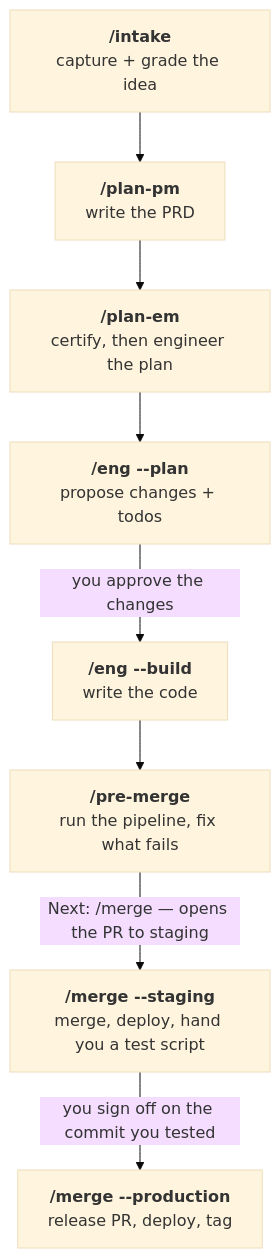
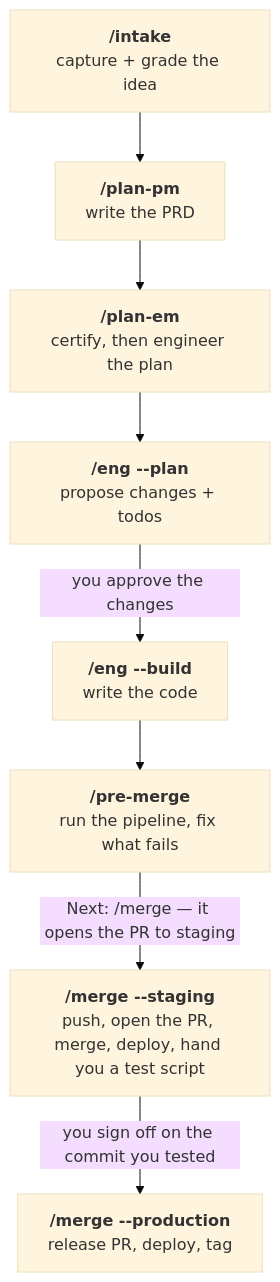
One commit to ndisisnd/msg changed the diagram in README.md. Above: the diagram before and after it, drawn with Mermaid (base theme). The commit also changed other lines of this file and 9 other files, not shown here.

````diff
--- a/README.md
+++ b/README.md
@@ -104,17 +104,17 @@
 ```mermaid
 flowchart TD
     intake["<b>/intake</b><br/>capture + grade the idea"]
     pm["<b>/plan-pm</b><br/>write the PRD"]
     em["<b>/plan-em</b><br/>certify, then engineer the plan"]
     plan["<b>/eng --plan</b><br/>propose changes + todos"]
     build["<b>/eng --build</b><br/>write the code"]
     pre["<b>/pre-merge</b><br/>run the pipeline, fix what fails"]
-    stg["<b>/merge --staging</b><br/>merge, deploy, hand you a test script"]
+    stg["<b>/merge --staging</b><br/>push, open the PR, merge, deploy, hand you a test script"]
     prod["<b>/merge --production</b><br/>release PR, deploy, tag"]
 
     intake --> pm --> em --> plan
     plan -->|you approve the changes| build
     build --> pre
-    pre -->|Next: /merge — opens the PR to staging| stg
+    pre -->|Next: /merge — it opens the PR to staging| stg
     stg -->|you sign off on the commit you tested| prod
 ```
````
